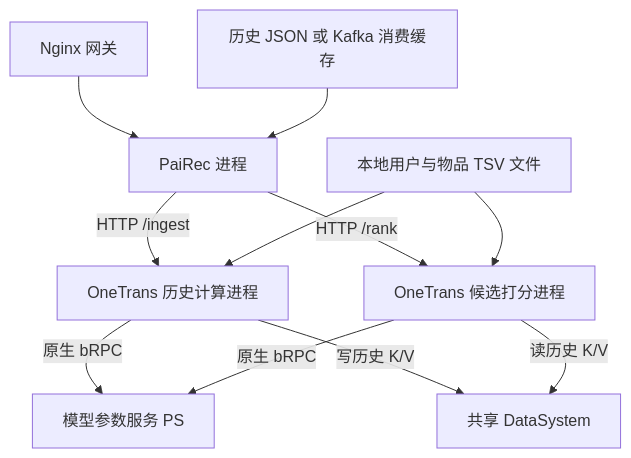
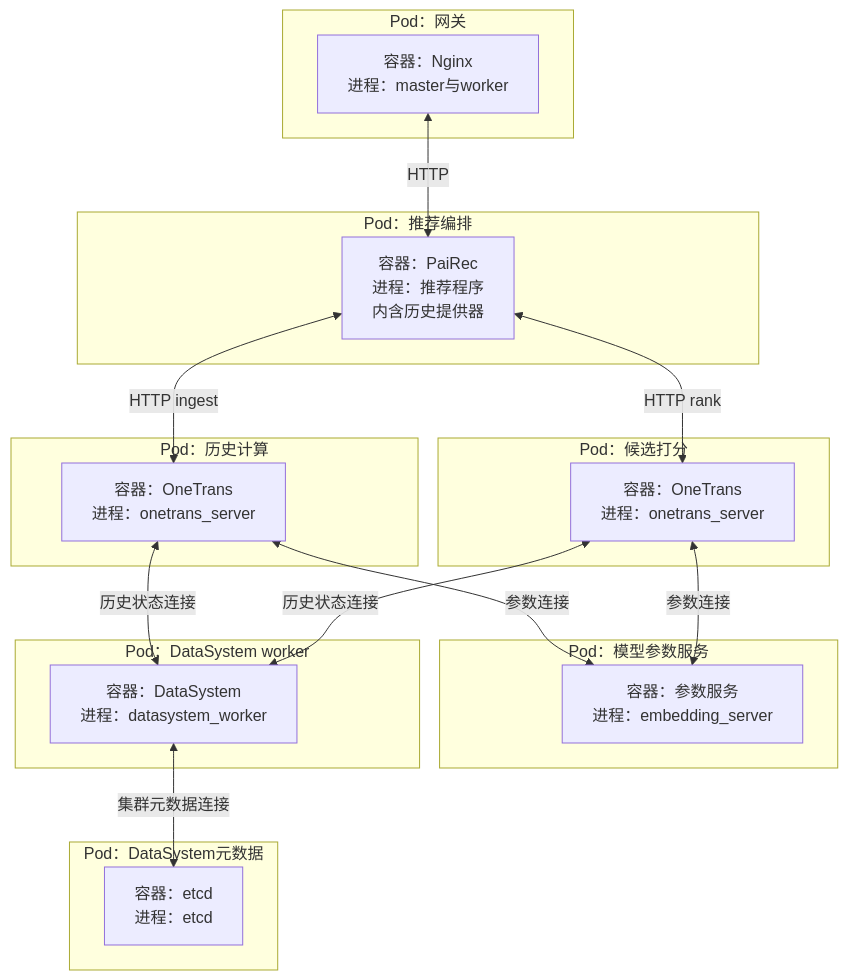
Before and after one commit to bitianyuan123/docs: the diagram in diagrams/02_onetrans_05.mmd, drawn with Mermaid. The commit also changed 141 other files, not shown here.

Commit message:
docs: audit module views and analyze PaiRec OneTrans Redis workloads

```diff
--- a/diagrams/02_onetrans_05.mmd
+++ b/diagrams/02_onetrans_05.mmd
@@ -1,11 +1,30 @@
-flowchart TD
-    N[Nginx 网关] --> P[PaiRec 进程]
-    P -->|HTTP /ingest| H[OneTrans 历史计算进程]
-    P -->|HTTP /rank| R[OneTrans 候选打分进程]
-    J[历史 JSON 或 Kafka 消费缓存] --> P
-    F[本地用户与物品 TSV 文件] --> H
-    F --> R
-    H -->|原生 bRPC| PS[模型参数服务 PS]
-    R -->|原生 bRPC| PS
-    H -->|写历史 K/V| D[共享 DataSystem]
-    R -->|读历史 K/V| D
+flowchart TB
+    subgraph Gateway[Pod：网关]
+        N[容器：Nginx<br/>进程：master与worker]
+    end
+    subgraph Orchestrator[Pod：推荐编排]
+        P[容器：PaiRec<br/>进程：推荐程序<br/>内含历史提供器]
+    end
+    subgraph History[Pod：历史计算]
+        H[容器：OneTrans<br/>进程：onetrans_server]
+    end
+    subgraph Candidate[Pod：候选打分]
+        R[容器：OneTrans<br/>进程：onetrans_server]
+    end
+    subgraph Parameter[Pod：模型参数服务]
+        PS[容器：参数服务<br/>进程：embedding_server]
+    end
+    subgraph Worker[Pod：DataSystem worker]
+        W[容器：DataSystem<br/>进程：datasystem_worker]
+    end
+    subgraph Metadata[Pod：DataSystem元数据]
+        E[容器：etcd<br/>进程：etcd]
+    end
+    N <-->|HTTP| P
+    P <-->|HTTP ingest| H
+    P <-->|HTTP rank| R
+    H <-->|参数连接| PS
+    R <-->|参数连接| PS
+    H <-->|历史状态连接| W
+    R <-->|历史状态连接| W
+    W <-->|集群元数据连接| E
```
